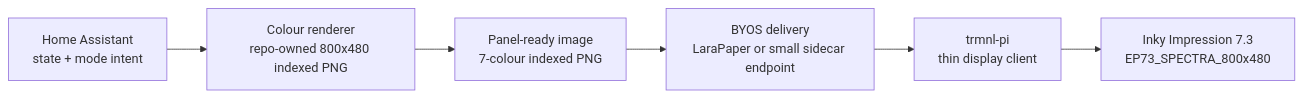
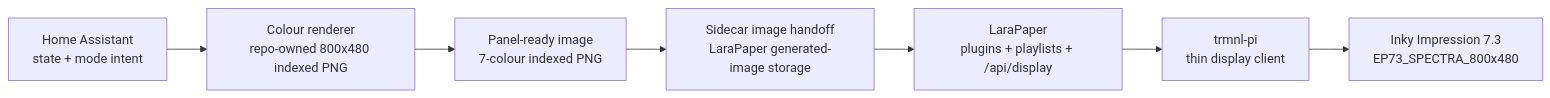
The diagram in docs/COLOUR_SIDECAR_PATH.md (davedavedavenm/trmnl-display), drawn with Mermaid before and after one commit. The commit also changed other lines of this file and 6 other files, not shown here.

Commit message:
Route HA sidecar through LaraPaper BYOS

````diff
--- a/docs/COLOUR_SIDECAR_PATH.md
+++ b/docs/COLOUR_SIDECAR_PATH.md
@@ -77,8 +77,9 @@
 ```mermaid
 flowchart LR
   HA["Home Assistant\nstate + mode intent"] --> Renderer["Colour renderer\nrepo-owned 800x480 indexed PNG"]
   Renderer --> Image["Panel-ready image\n7-colour indexed PNG"]
-  Image --> BYOS["BYOS delivery\nLaraPaper or small sidecar endpoint"]
-  BYOS --> Pi["trmnl-pi\nthin display client"]
+  Image --> Handoff["Sidecar image handoff\nLaraPaper generated-image storage"]
+  Handoff --> LaraPaper["LaraPaper\nplugins + playlists + /api/display"]
+  LaraPaper --> Pi["trmnl-pi\nthin display client"]
   Pi --> Panel["Inky Impression 7.3\nEP73_SPECTRA_800x480"]
 ```
````
